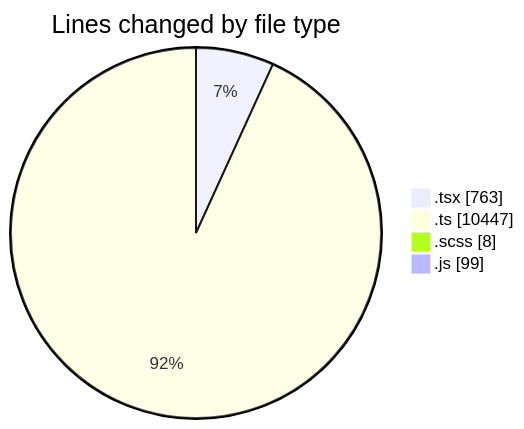
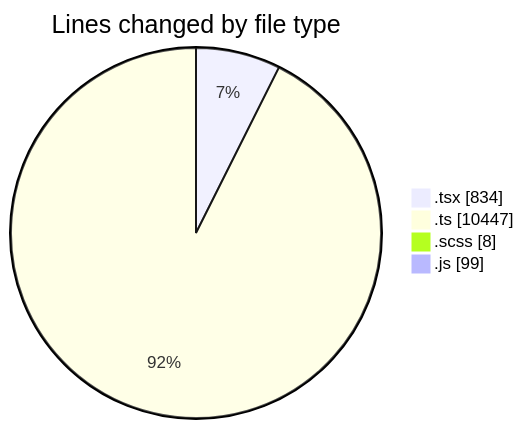
The first of 2 diagrams in 2025-03-26/cda/README.md (momahboobian/code-tracking), drawn with Mermaid before and after one commit. The commit also changed other lines of this file and 1 other file, not shown here.

````diff
--- a/2025-03-26/cda/README.md
+++ b/2025-03-26/cda/README.md
@@ -38,8 +39,8 @@
 ```mermaid
 pie showData
 title Lines changed by file type
-".tsx" : 763
+".tsx" : 834
 ".ts" : 10447
 ".scss" : 8
 ".js" : 99
 ```
````
